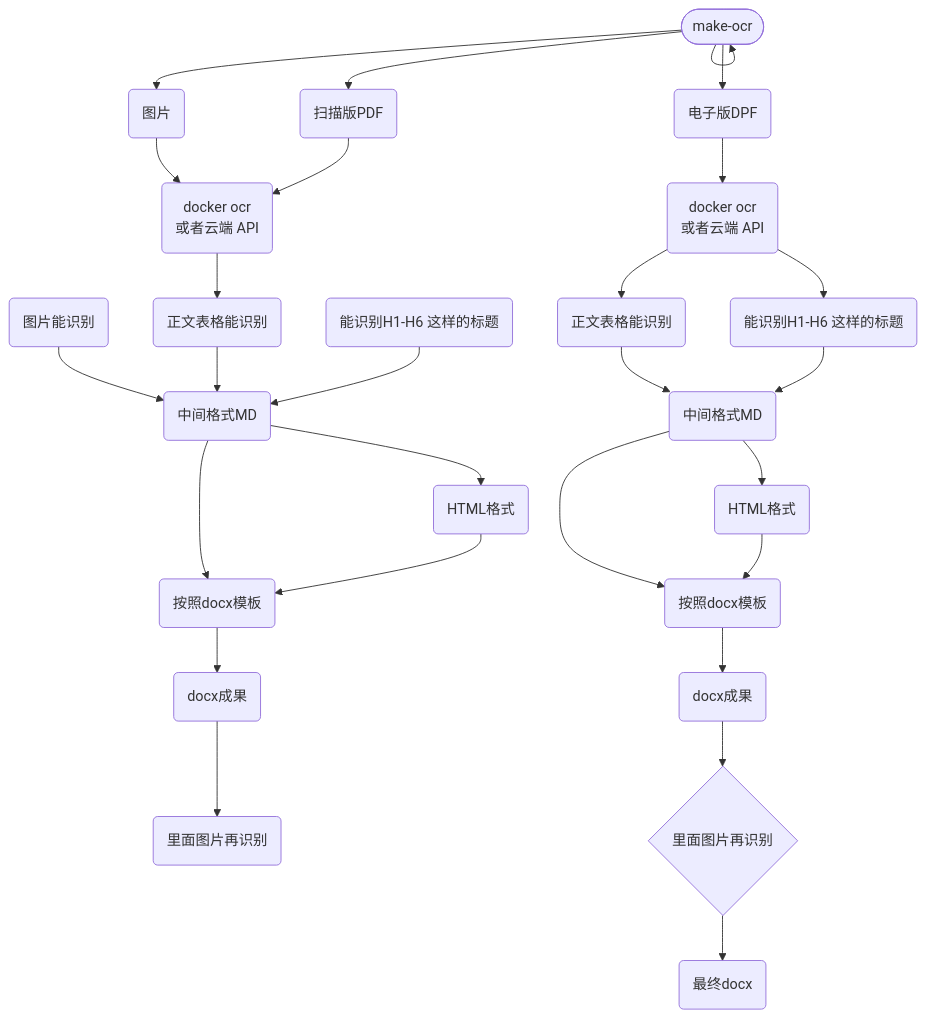
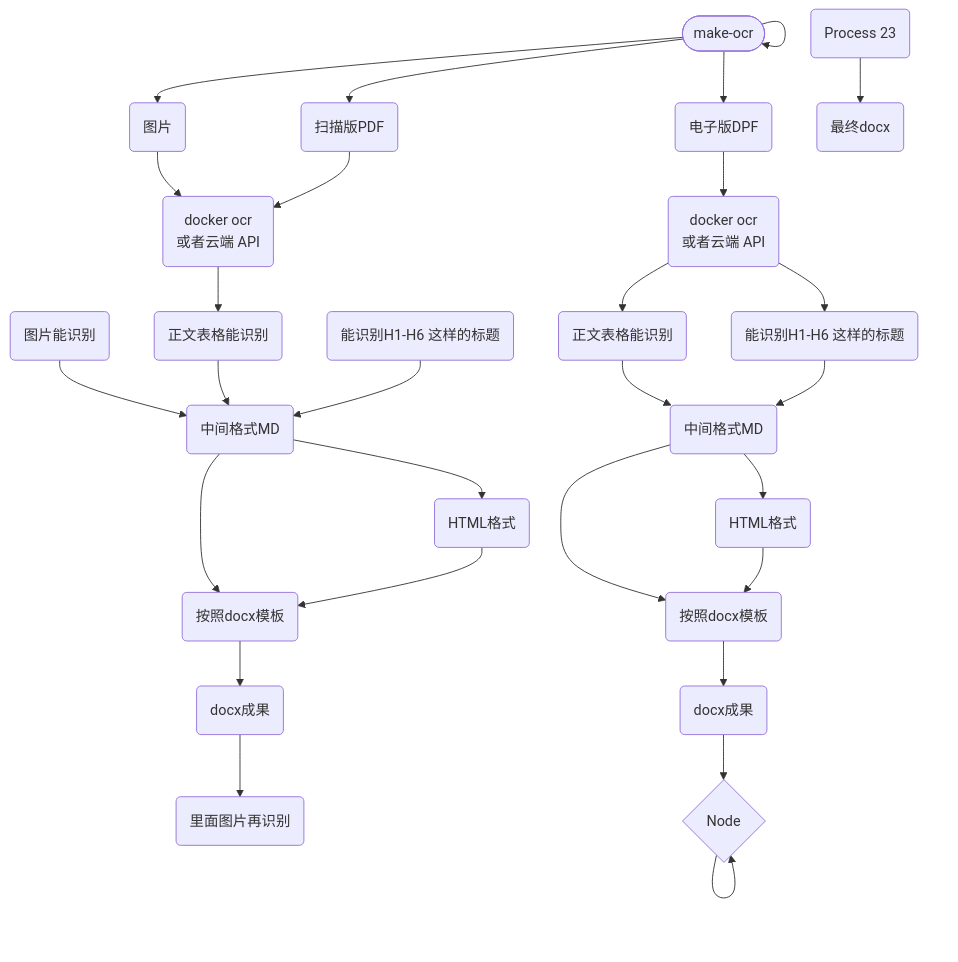
One commit to fireflysss/mermaid-notes changed the diagram in notes/未命名_da3b1e9d-46b8-4fe8-a207-538027b2306b.md. Above: the diagram before and after it, drawn with Mermaid. The commit also changed 3 other files, not shown here.

Commit message:
Sync Mermaid Studio data (12 diagrams)

````diff
--- a/notes/未命名_da3b1e9d-46b8-4fe8-a207-538027b2306b.md
+++ b/notes/未命名_da3b1e9d-46b8-4fe8-a207-538027b2306b.md
@@ -3,52 +3,55 @@
 ```mermaid
 flowchart TD
   n_0(["make-ocr"])
   n_1("扫描版PDF")
   n_2("电子版DPF")
   n_3("docker ocr<br/>或者云端 API")
   n_4("图片")
   n_5("能识别H1-H6 这样的标题")
   n_6("正文表格能识别")
   n_7("图片能识别")
   n_8("按照docx模板")
   n_9("里面图片再识别")
   n_10("docx成果")
   n_11("中间格式MD")
   n_12("HTML格式")
   n_13("docker ocr<br/>或者云端 API")
   n_14("能识别H1-H6 这样的标题")
   n_15("正文表格能识别")
   n_16("按照docx模板")
   n_17("docx成果")
   n_18("中间格式MD")
   n_19("HTML格式")
-  n_20("最终docx")
-  n_21{"里面图片再识别"}
+  n_20{"Node"}
+  n_21("最终docx")
+  n_22("Process 23")
   n_0 --> n_0
   n_0 --> n_1
   n_0 --> n_2
   n_0 --> n_4
   n_11 --> n_8
   n_11 --> n_12
   n_12 --> n_8
   n_8 --> n_10
   n_10 --> n_9
   n_18 --> n_16
   n_18 --> n_19
   n_19 --> n_16
   n_16 --> n_17
   n_4 --> n_3
   n_1 --> n_3
   n_2 --> n_13
   n_13 --> n_14
   n_13 --> n_15
   n_15 --> n_18
   n_14 --> n_18
   n_7 --> n_11
   n_6 --> n_11
   n_5 --> n_11
   n_3 --> n_6
-  n_17 --> n_21
-  n_21 --> n_20
+  n_17 --> n_20
+  n_22 --> n_21
+  n_20 --> n_20
+  n_20 --> n_20
 
 ```
````
